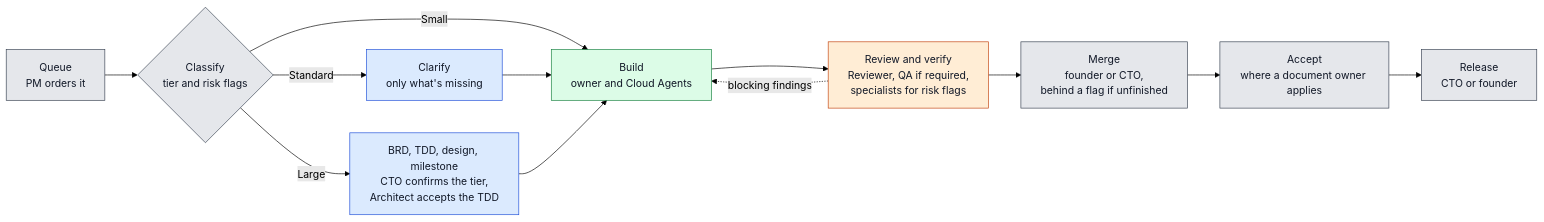
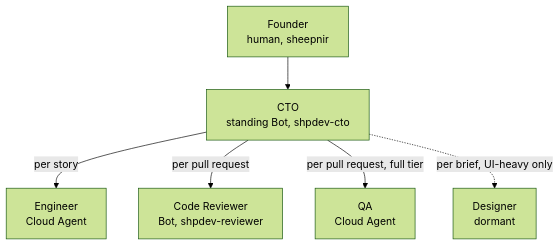
The first of 2 diagrams in README.md (sheepnir/GrokBot_DevFlow), drawn with Mermaid (forest theme) before and after one commit. The commit also changed other lines of this file and 56 other files, not shown here.

````diff
--- a/README.md
+++ b/README.md
@@ -173,22 +13,8 @@
 ```mermaid
-flowchart LR
-    Q["Queue<br>PM orders it"] --> C{"Classify<br>tier and risk flags"}
-    C -->|Small| B["Build<br>owner and Cloud Agents"]
-    C -->|Standard| D["Clarify<br>only what's missing"]
-    C -->|Large| L["BRD, TDD, design, milestone<br>CTO confirms the tier,<br>Architect accepts the TDD"]
-    D --> B
-    L --> B
-    B --> R["Review and verify<br>Reviewer, QA if required,<br>specialists for risk flags"]
-    R -. blocking findings .-> B
-    R --> M["Merge<br>founder or CTO,<br>behind a flag if unfinished"]
-    M --> A["Accept<br>where a document owner applies"]
-    A --> REL["Release<br>CTO or founder"]
-    classDef bots fill:#e5e7eb,stroke:#374151,color:#111827
-    classDef frontier fill:#dbeafe,stroke:#1d4ed8,color:#111827
-    classDef cursor fill:#dcfce7,stroke:#15803d,color:#111827
-    classDef checks fill:#ffedd5,stroke:#c2410c,color:#111827
-    class Q,C,M,A,REL bots
-    class D,L frontier
-    class B cursor
-    class R checks
+flowchart TD
+    Founder["Founder<br>human, sheepnir"] --> CTO["CTO<br>standing Bot, shpdev-cto"]
+    CTO -->|per story| ENG["Engineer<br>Cloud Agent"]
+    CTO -->|per pull request| CR["Code Reviewer<br>Bot, shpdev-reviewer"]
+    CTO -->|per pull request, full tier| QA["QA<br>Cloud Agent"]
+    CTO -.->|per brief, UI-heavy only| UX["Designer<br>dormant"]
 ```
````
